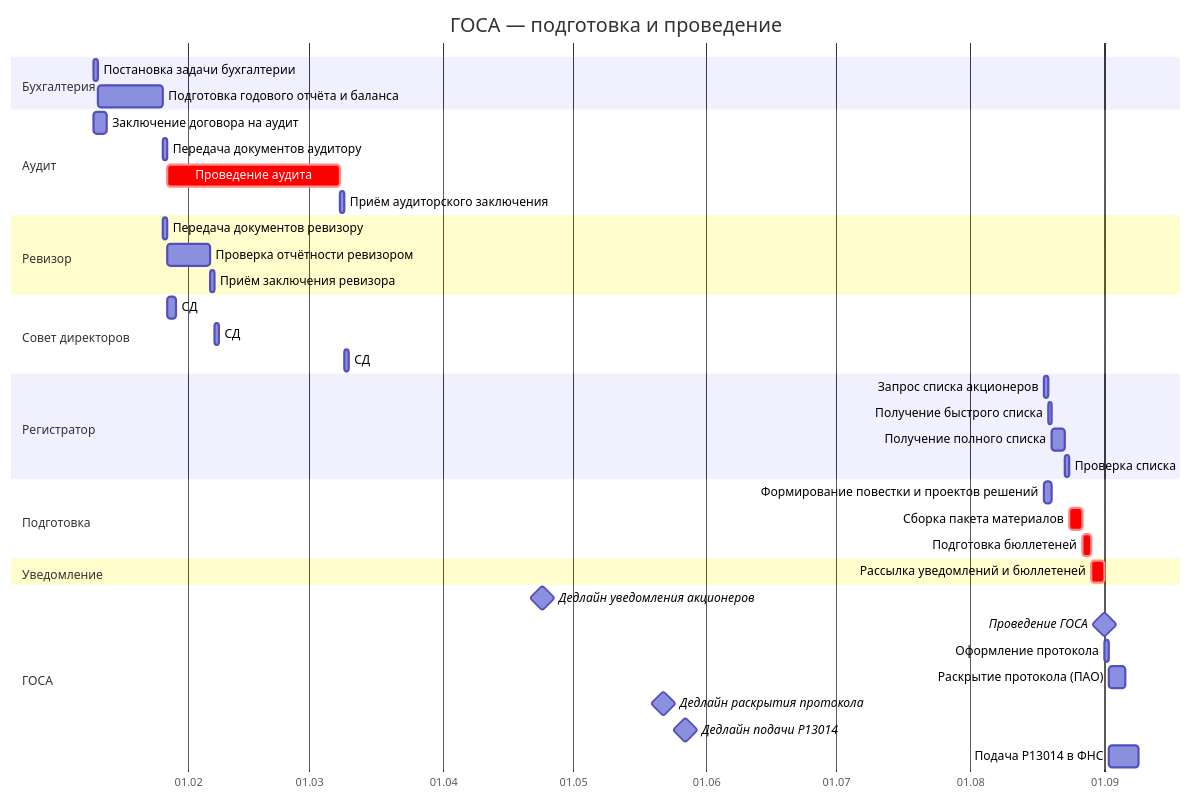
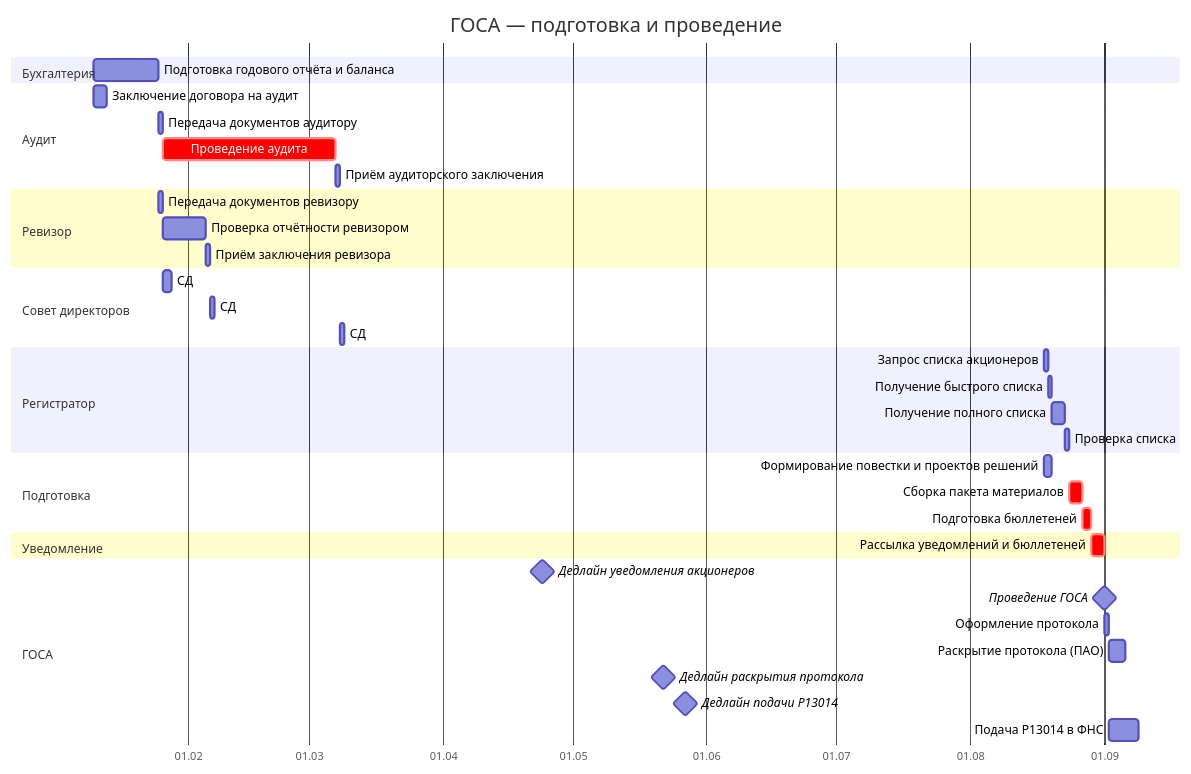
Before and after one commit to arsenyuk/SamorodinkaTech.Fiducia: the diagram in docs/gantt/gosa-gantt.md, drawn with Mermaid. The commit also changed other lines of this file and 4 other files, not shown here.

````diff
--- a/docs/gantt/gosa-gantt.md
+++ b/docs/gantt/gosa-gantt.md
@@ -130,49 +129,48 @@
 ```mermaid
 gantt
     title ГОСА — подготовка и проведение
     dateFormat  YYYY-MM-DD
     axisFormat  %d.%m
 
     section Бухгалтерия
-    Постановка задачи бухгалтерии           :b1, 2026-01-10, 1d
-    Подготовка годового отчёта и баланса    :b2, after b1, 15d
+    Подготовка годового отчёта и баланса    :b2, 2026-01-10, 15d
 
     section Аудит
     Заключение договора на аудит            :a1, 2026-01-10, 3d
     Передача документов аудитору            :a2, after b2, 1d
     Проведение аудита                       :crit, a3, after a2, 40d
     Приём аудиторского заключения           :a4, after a3, 1d
 
     section Ревизор
     Передача документов ревизору            :r1, after b2, 1d
     Проверка отчётности ревизором          :r2, after r1, 10d
     Приём заключения ревизора              :r3, after r2, 1d
 
     section Совет директоров
     СД: рассмотрение предложений акц.      :sd1, after a2, 2d
     СД: утверждение годового отчёта        :sd2, after r3, 1d
     СД: решение о созыве ГОСА               :sd3, after a4, 1d
 
     section Регистратор
     Запрос списка акционеров               :rg1, after sd3, 1d
     Получение быстрого списка              :rg2, after rg1, 1d
     Получение полного списка               :rg3, after rg2, 3d
     Проверка списка                        :rg4, after rg3, 1d
 
     section Подготовка
     Формирование повестки и проектов решений :p1, after sd3, 2d
     Сборка пакета материалов                :crit, p2, after rg4 p1, 3d
     Подготовка бюллетеней                   :crit, p3, after p2, 2d
 
     section Уведомление
     Рассылка уведомлений и бюллетеней       :crit, p4, after p3, 3d
 
     section ГОСА
     Дедлайн уведомления акционеров            :milestone, kv1, 2026-04-24, 0d
     Проведение ГОСА                         :milestone, os1, after p4, 0d
     Оформление протокола                    :os2, after os1, 1d
     Раскрытие протокола (ПАО)              :os3, after os2, 4d
     Дедлайн раскрытия протокола              :milestone, kv2, 2026-05-22, 0d
     Дедлайн подачи Р13014                    :milestone, kv3, 2026-05-27, 0d
     Подача Р13014 в ФНС                    :os4, after os2, 7d
 ```
````
